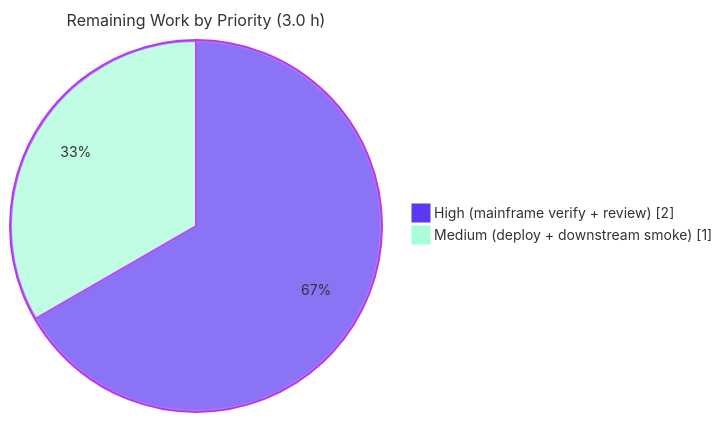
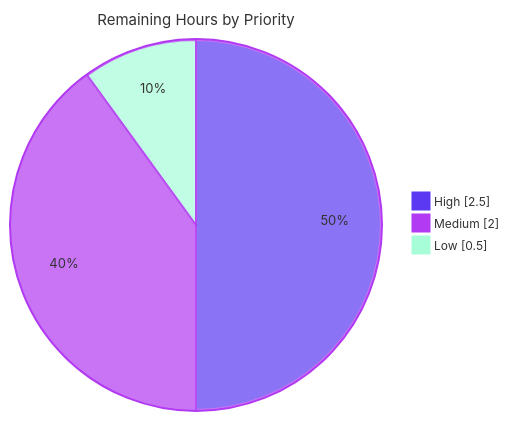
One commit to blitzy-public-samples/aws-carddemo-blitzy changed the third of 3 diagrams in blitzy/documentation/Project Guide.md. Above: the diagram before and after it, drawn with Mermaid. The commit also changed other lines of this file, not shown here.

Commit message:
Adding Blitzy Project Guide: Project Status and Human Tasks Remaining

````diff
--- a/blitzy/documentation/Project Guide.md
+++ b/blitzy/documentation/Project Guide.md
@@ -199,7 +179,7 @@
 ```mermaid
-%%{init: {'theme':'base', 'themeVariables': {'pie1':'#5B39F3', 'pie2':'#A8FDD9', 'pieStrokeColor':'#B23AF2', 'pieOuterStrokeColor':'#B23AF2', 'pieTitleTextSize':'16px', 'pieSectionTextSize':'14px', 'pieLegendTextSize':'14px'}}}%%
-pie showData
-    title Remaining Work by Priority (3.0 h)
-    "High (mainframe verify + review)" : 2.0
-    "Medium (deploy + downstream smoke)" : 1.0
+%%{init: {'theme':'base', 'themeVariables': {'pie1':'#5B39F3','pie2':'#B23AF2','pie3':'#A8FDD9','pieStrokeColor':'#B23AF2','pieOuterStrokeColor':'#B23AF2','pieTitleTextSize':'15px','pieSectionTextSize':'13px','pieLegendTextSize':'12px'}}}%%
+pie showData title Remaining Hours by Priority
+    "High" : 2.5
+    "Medium" : 2.0
+    "Low" : 0.5
 ```
````
